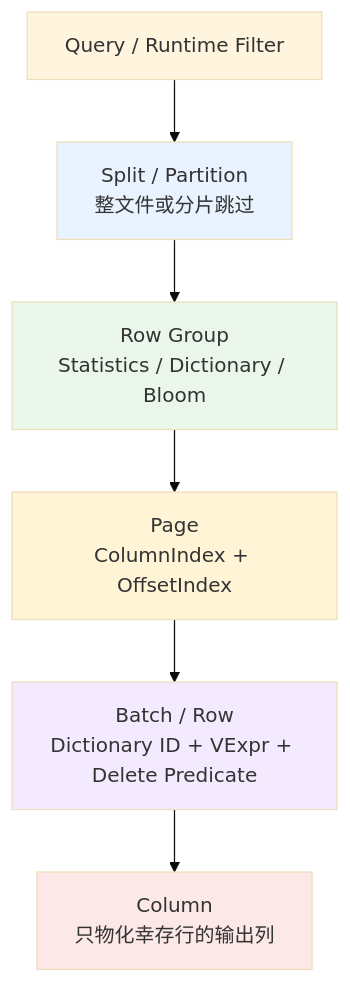
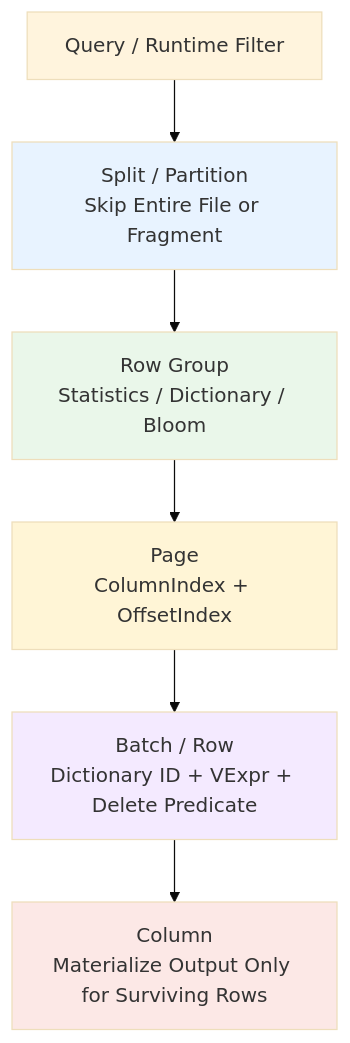
Before and after one commit to apache/doris: the fourth of 13 diagrams in docs/file-scanner-v2-parquet-scan-design.md, drawn with Mermaid (base theme). The commit also changed other lines of this file and 1 other file, not shown here.

````diff
--- a/docs/file-scanner-v2-parquet-scan-design.md
+++ b/docs/file-scanner-v2-parquet-scan-design.md
@@ -128,13 +147,13 @@
 ```mermaid
 flowchart TB
-  A[Query / Runtime Filter] --> B[Split / Partition<br>整文件或分片跳过]
+  A[Query / Runtime Filter] --> B[Split / Partition<br>Skip Entire File or Fragment]
   B --> C[Row Group<br>Statistics / Dictionary / Bloom]
   C --> D[Page<br>ColumnIndex + OffsetIndex]
   D --> E[Batch / Row<br>Dictionary ID + VExpr + Delete Predicate]
-  E --> F[Column<br>只物化幸存行的输出列]
+  E --> F[Column<br>Materialize Output Only for Surviving Rows]
   style B fill:#e8f3ff
   style C fill:#eaf7ea
   style D fill:#fff5d6
   style E fill:#f4eaff
   style F fill:#fce8e6
 ```
````
